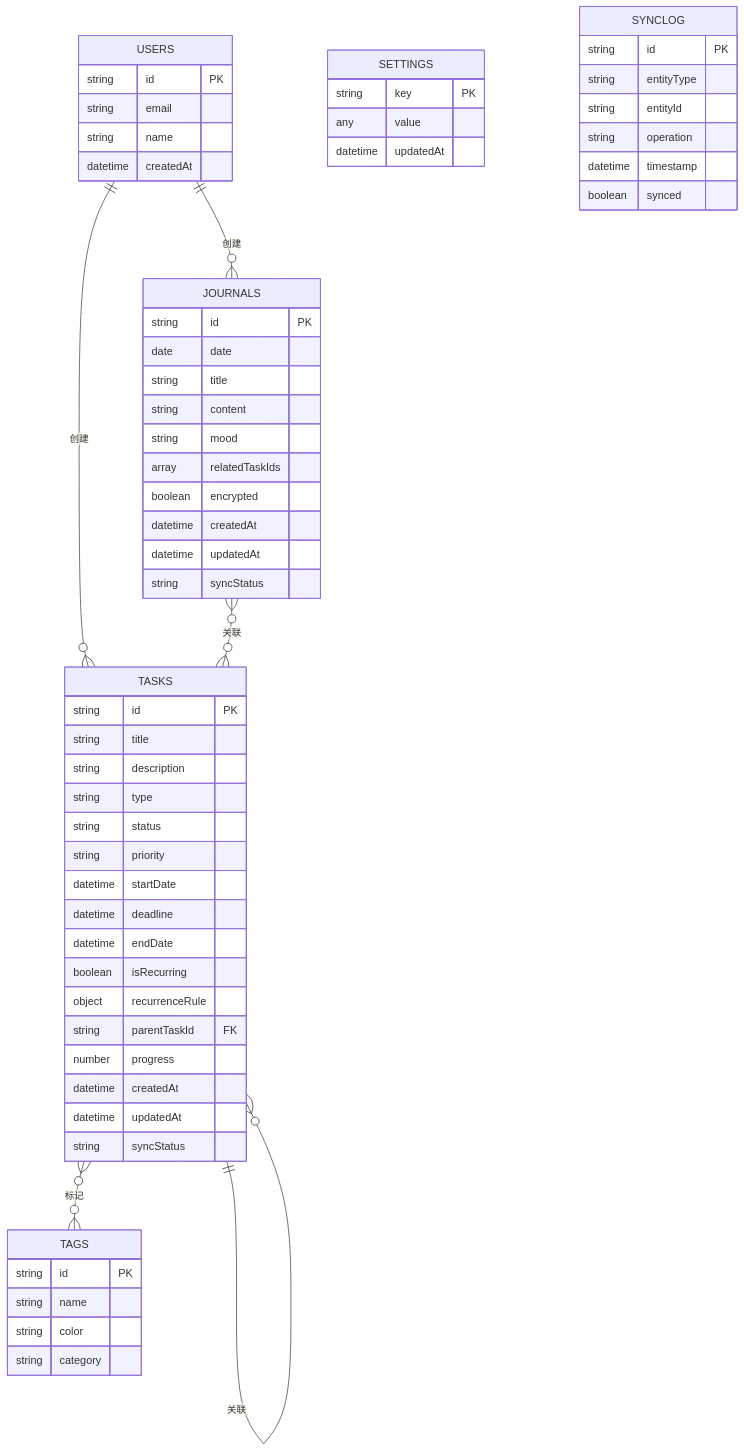
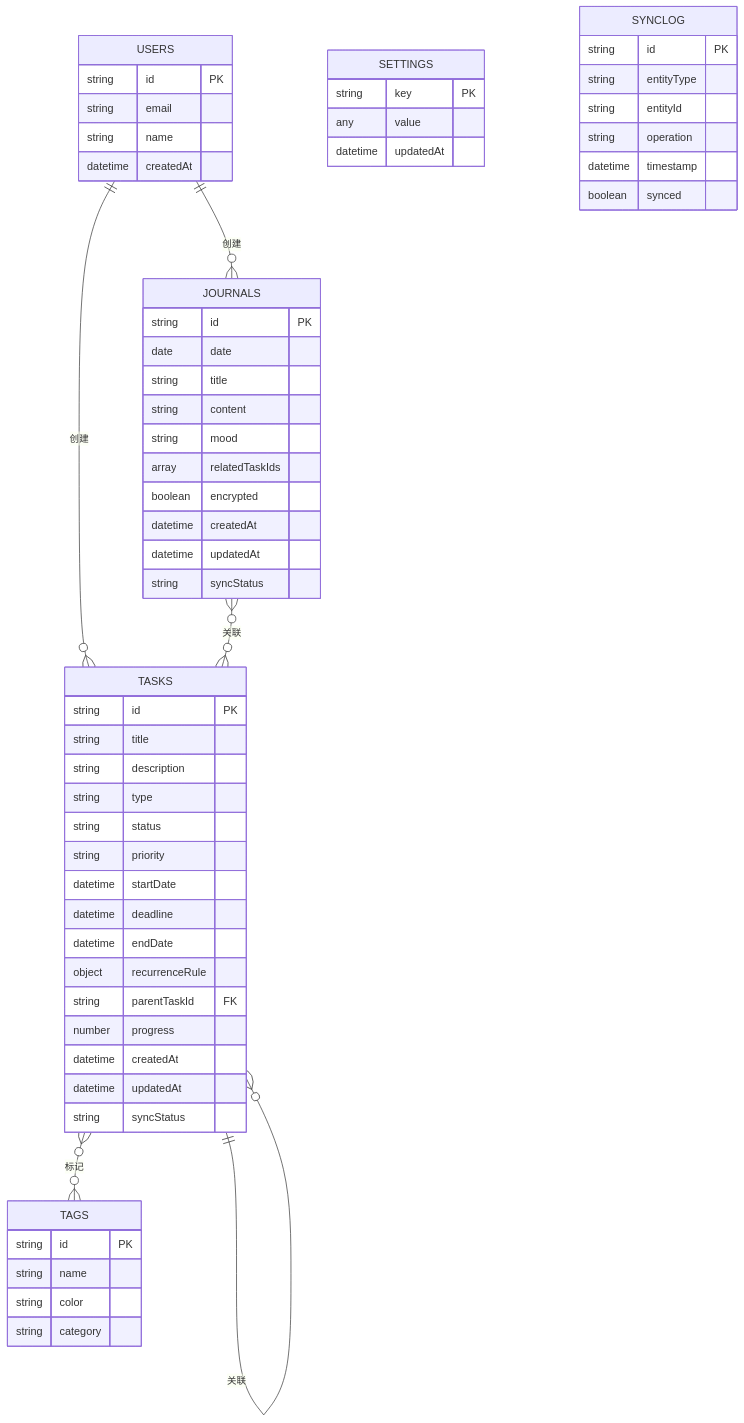
One commit to ConradZhangcong/one-day changed the fourth of 12 diagrams in docs/技术架构图.md. Above: the diagram before and after it, drawn with Mermaid. The commit also changed 16 other files, not shown here.

````diff
--- a/docs/技术架构图.md
+++ b/docs/技术架构图.md
@@ -198,69 +198,68 @@
 ```mermaid
 erDiagram
     USERS ||--o{ TASKS : "创建"
     USERS ||--o{ JOURNALS : "创建"
     TASKS ||--o{ TASKS : "关联"
     TASKS }o--o{ TAGS : "标记"
     JOURNALS }o--o{ TASKS : "关联"
     
     USERS {
         string id PK
         string email
         string name
         datetime createdAt
     }
     
     TASKS {
         string id PK
         string title
         string description
         string type
         string status
         string priority
         datetime startDate
         datetime deadline
         datetime endDate
-        boolean isRecurring
         object recurrenceRule
         string parentTaskId FK
         number progress
         datetime createdAt
         datetime updatedAt
         string syncStatus
     }
     
     JOURNALS {
         string id PK
         date date
         string title
         string content
         string mood
         array relatedTaskIds
         boolean encrypted
         datetime createdAt
         datetime updatedAt
         string syncStatus
     }
     
     TAGS {
         string id PK
         string name
         string color
         string category
     }
     
     SETTINGS {
         string key PK
         any value
         datetime updatedAt
     }
     
     SYNCLOG {
         string id PK
         string entityType
         string entityId
         string operation
         datetime timestamp
         boolean synced
     }
 ```
````
